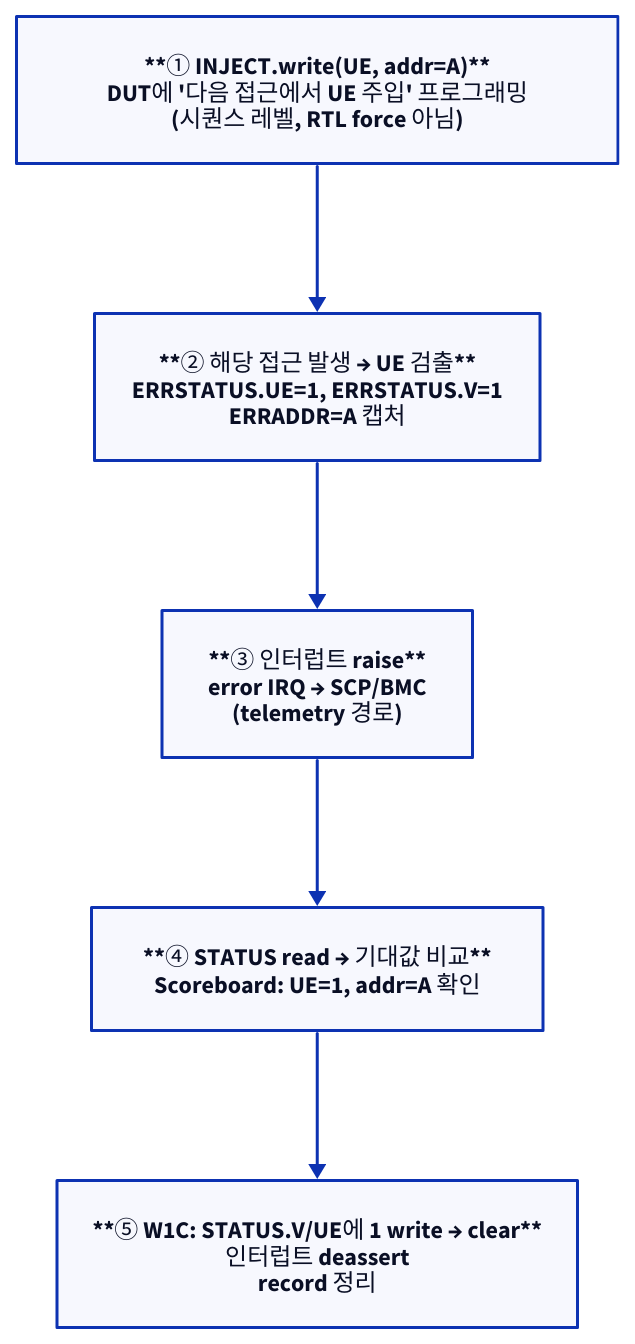
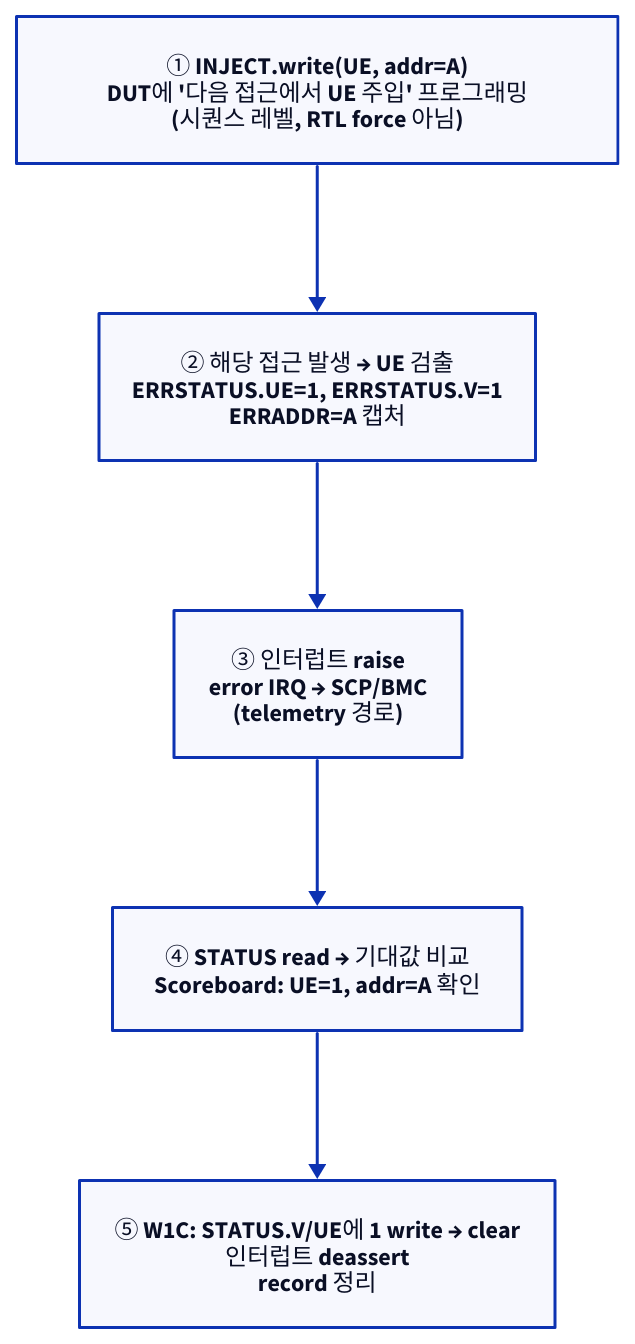
One commit to humbleowl39/DV_SKOOL changed the second of 2 diagrams in starlight_site/src/content/docs/ras/03_ras_node_fault_injection.md. Above: the diagram before and after it, drawn with D2. The commit also changed other lines of this file and 714 other files, not shown here.

First line of the commit message:
fix(site): d2 다이어그램 가독성 결함 6종 일괄 수정

````diff
--- a/starlight_site/src/content/docs/ras/03_ras_node_fault_injection.md
+++ b/starlight_site/src/content/docs/ras/03_ras_node_fault_injection.md
@@ -88,10 +88,10 @@
 ```d2
 direction: down
 
-S1: "**① INJECT.write(UE, addr=A)**\nDUT에 '다음 접근에서 UE 주입' 프로그래밍\n(시퀀스 레벨, RTL force 아님)"
-S2: "**② 해당 접근 발생 → UE 검출**\nERRSTATUS.UE=1, ERRSTATUS.V=1\nERRADDR=A 캡처"
-S3: "**③ 인터럽트 raise**\nerror IRQ → SCP/BMC\n(telemetry 경로)"
-S4: "**④ STATUS read → 기대값 비교**\nScoreboard: UE=1, addr=A 확인"
-S5: "**⑤ W1C: STATUS.V/UE에 1 write → clear**\n인터럽트 deassert\nrecord 정리"
+S1: "① INJECT.write(UE, addr=A)\nDUT에 '다음 접근에서 UE 주입' 프로그래밍\n(시퀀스 레벨, RTL force 아님)"
+S2: "② 해당 접근 발생 → UE 검출\nERRSTATUS.UE=1, ERRSTATUS.V=1\nERRADDR=A 캡처"
+S3: "③ 인터럽트 raise\nerror IRQ → SCP/BMC\n(telemetry 경로)"
+S4: "④ STATUS read → 기대값 비교\nScoreboard: UE=1, addr=A 확인"
+S5: "⑤ W1C: STATUS.V/UE에 1 write → clear\n인터럽트 deassert\nrecord 정리"
 S1 -> S2 -> S3 -> S4 -> S5
 ```
````
